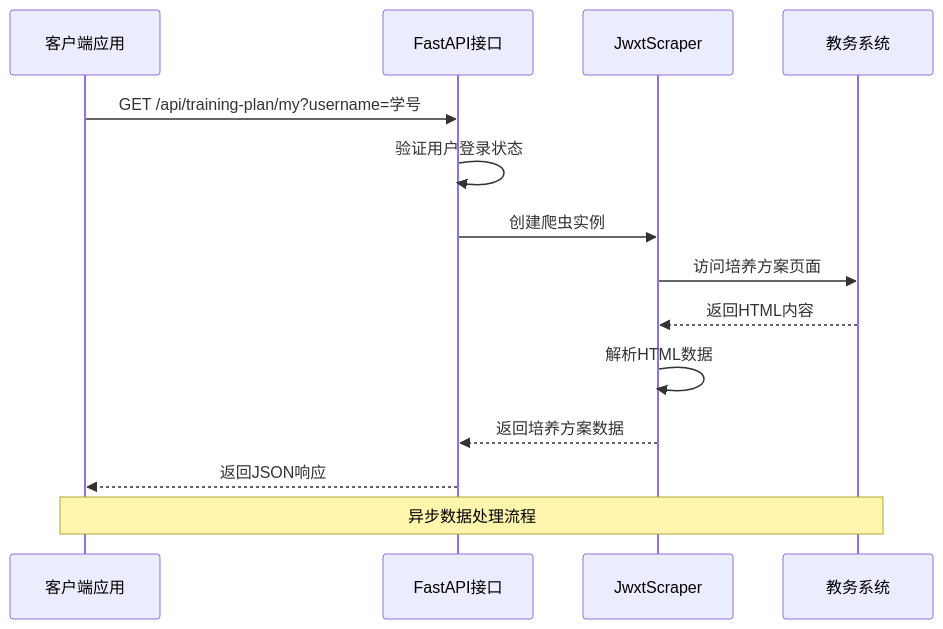
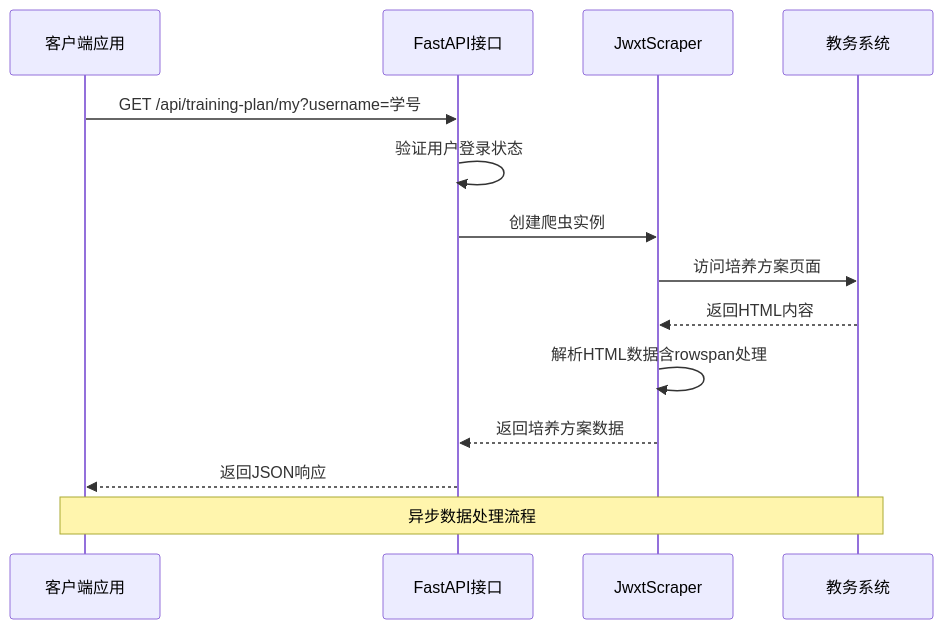
The second of 9 diagrams in .qoder/repowiki/zh/content/后端API文档/学术数据查询API/培养方案查询API.md (ghbbn053-ship-itsoulddog/soulddog), drawn with Mermaid before and after one commit. The commit also changed other lines of this file and 12 other files, not shown here.

````diff
--- a/.qoder/repowiki/zh/content/后端API文档/学术数据查询API/培养方案查询API.md
+++ b/.qoder/repowiki/zh/content/后端API文档/学术数据查询API/培养方案查询API.md
@@ -108,16 +109,16 @@
 ```mermaid
 sequenceDiagram
 participant Client as 客户端应用
 participant API as FastAPI接口
 participant Scraper as JwxtScraper
 participant EduSystem as 教务系统
 Client->>API : GET /api/training-plan/my?username=学号
 API->>API : 验证用户登录状态
 API->>Scraper : 创建爬虫实例
 Scraper->>EduSystem : 访问培养方案页面
 EduSystem-->>Scraper : 返回HTML内容
-Scraper->>Scraper : 解析HTML数据
+Scraper->>Scraper : 解析HTML数据含rowspan处理
 Scraper-->>API : 返回培养方案数据
 API-->>Client : 返回JSON响应
 Note over Client,EduSystem : 异步数据处理流程
 ```
````
